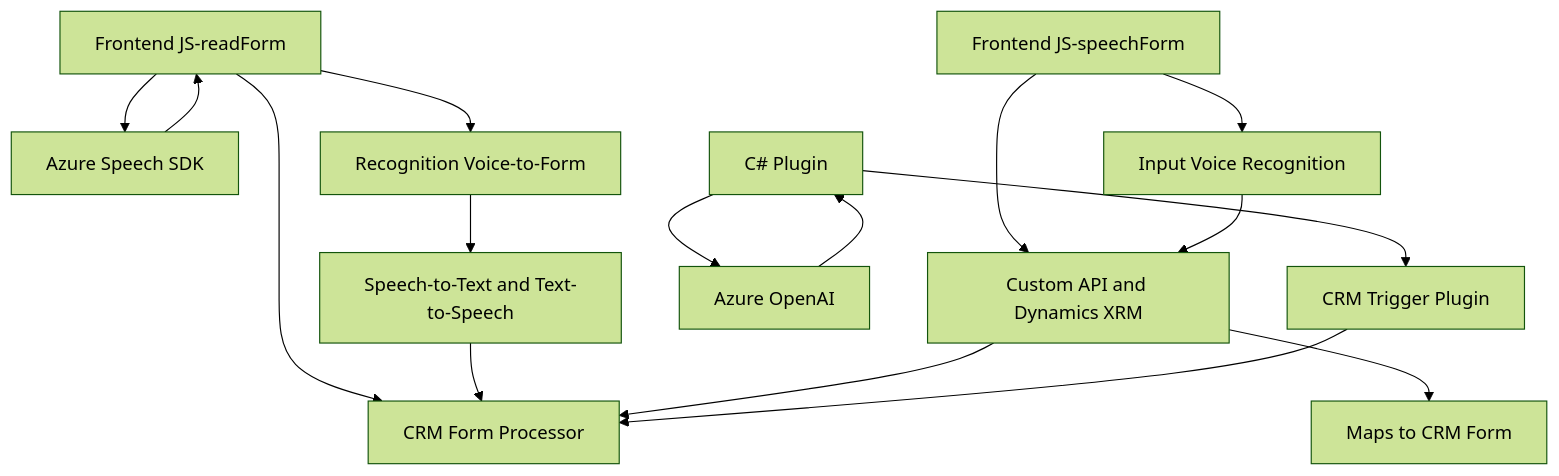
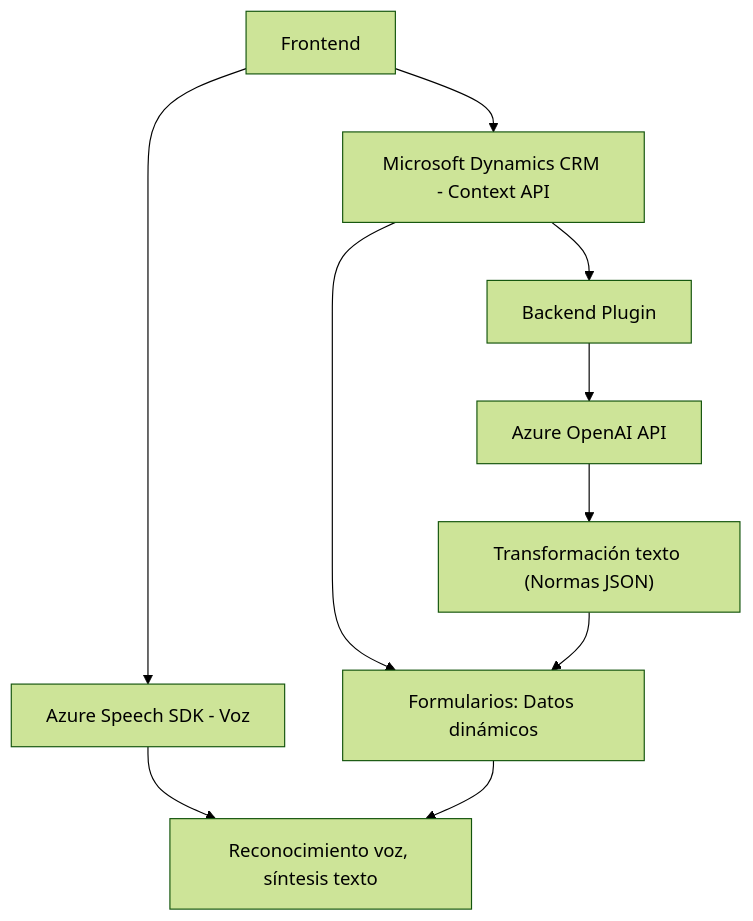
Before and after one commit to blopezdm/NETCORE_BILBAO2025: the diagram in README.md, drawn with Mermaid (forest theme). The commit also changed other lines of this file, not shown here.

````diff
--- a/README.md
+++ b/README.md
@@ -45,21 +51,15 @@
 ```mermaid
 graph TD
-    A["Frontend JS-readForm"] --> B["Azure Speech SDK"]
-    A --> C["Recognition Voice-to-Form"]
-    B --> A
-    C --> D["Speech-to-Text and Text-to-Speech"]
+    A["Frontend"] --> B["Azure Speech SDK - Voz"]
+    A --> C["Microsoft Dynamics CRM - Context API"]
 
-    E["Frontend JS-speechForm"] --> F["Custom API and Dynamics XRM"]
-    E --> G["Input Voice Recognition"]
-    F --> H["Maps to CRM Form"]
+    C --> D["Backend Plugin"]
+    D --> E["Azure OpenAI API"]
+
+    B --> F["Reconocimiento voz, síntesis texto"]
+    C --> G["Formularios: Datos dinámicos"]
+    E --> H["Transformación texto (Normas JSON)"]
+    
     G --> F
-
-    I["C# Plugin"] --> J["Azure OpenAI"]
-    J --> I
-    I --> K["CRM Trigger Plugin"]
-
-    A --> L["CRM Form Processor"]
-    D --> L
-    F --> L
-    K --> L
+    H --> G
 ```
````
